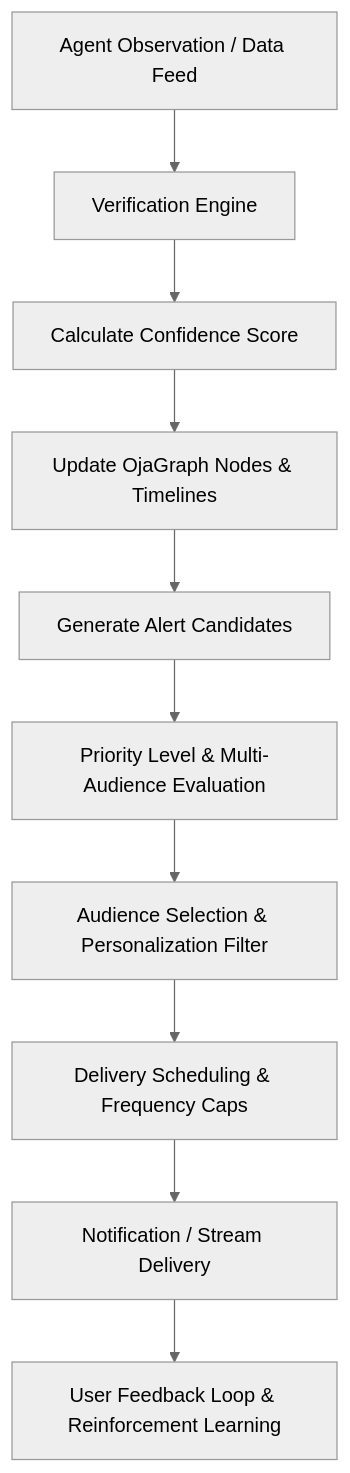
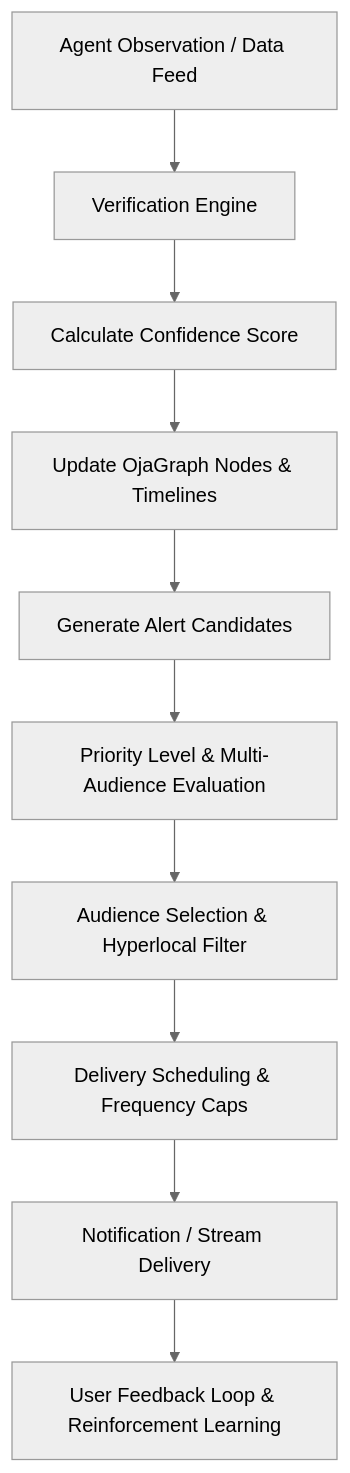
Before and after one commit to jost305/mama-ai: the diagram in ALERTGRAPH_ARCHITECTURE_v1.0.md, drawn with Mermaid (neutral theme). The commit also changed other lines of this file and 1 other file, not shown here.

Commit message:
docs & feat(ui): implement exact Hyperlocal Commerce Intelligence alerts (LGAs, markets, corridors, roles) across AlertGraph and UI popover

````diff
--- a/ALERTGRAPH_ARCHITECTURE_v1.0.md
+++ b/ALERTGRAPH_ARCHITECTURE_v1.0.md
@@ -78,12 +84,12 @@
 ```mermaid
 flowchart TD
     A[Agent Observation / Data Feed] --> B[Verification Engine]
     B --> C[Calculate Confidence Score]
     C --> D[Update OjaGraph Nodes & Timelines]
     D --> E[Generate Alert Candidates]
     E --> F[Priority Level & Multi-Audience Evaluation]
-    F --> G[Audience Selection & Personalization Filter]
+    F --> G[Audience Selection & Hyperlocal Filter]
     G --> H[Delivery Scheduling & Frequency Caps]
     H --> I[Notification / Stream Delivery]
     I --> J[User Feedback Loop & Reinforcement Learning]
 ```
````
